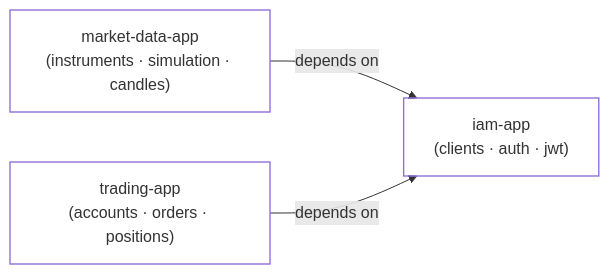
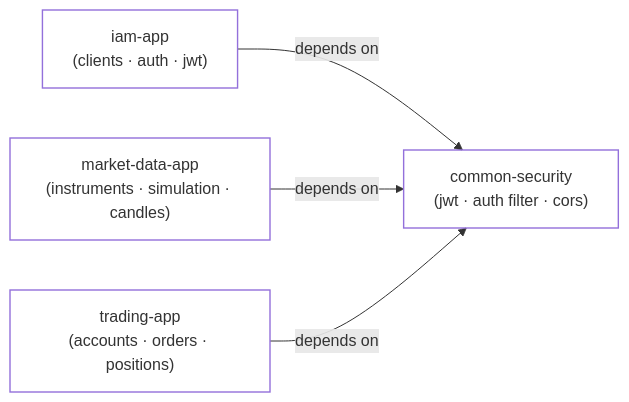
One commit to chrismuss04/leap-laugh-love changed the second of 7 diagrams in README.md. Above: the diagram before and after it, drawn with Mermaid. The commit also changed other lines of this file and 2 other files, not shown here.

````diff
--- a/README.md
+++ b/README.md
@@ -94,9 +101,11 @@
 ```mermaid
 flowchart LR
     classDef mod fill:transparent,stroke-width:1.4px;
+    CS["common-security<br/>(jwt · auth filter · cors)"]:::mod
     IAM["iam-app<br/>(clients · auth · jwt)"]:::mod
     MD["market-data-app<br/>(instruments · simulation · candles)"]:::mod
     TR["trading-app<br/>(accounts · orders · positions)"]:::mod
-    MD -- "depends on" --> IAM
-    TR -- "depends on" --> IAM
+    IAM -- "depends on" --> CS
+    MD -- "depends on" --> CS
+    TR -- "depends on" --> CS
 ```
````
